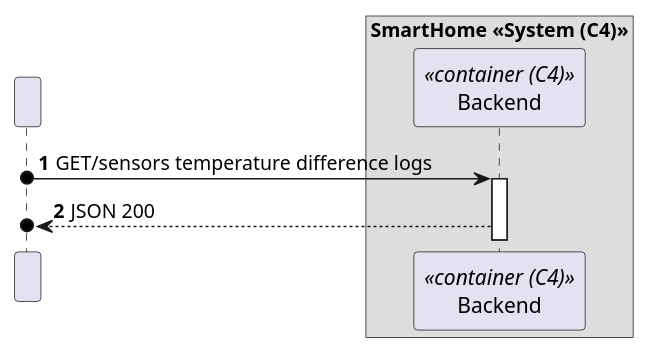
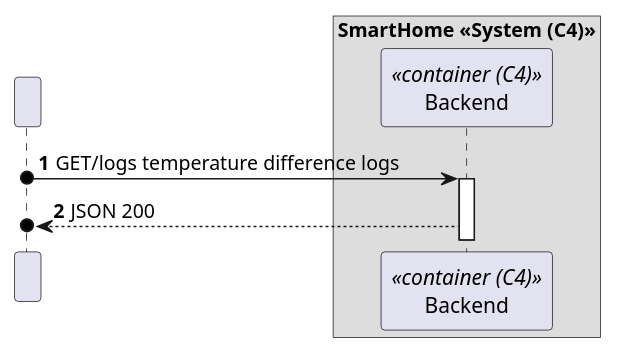
One commit to moutajDev/smarthome changed the diagram in docs/C4_4plus1_models/Level2/ProcessView/ProcessViewLevel2_UC13.puml. Above: the diagram before and after it, drawn with PlantUML. The commit also changed 23 other files, not shown here.

```diff
--- a/docs/C4_4plus1_models/Level2/ProcessView/ProcessViewLevel2_UC13.puml
+++ b/docs/C4_4plus1_models/Level2/ProcessView/ProcessViewLevel2_UC13.puml
@@ -1,24 +1,24 @@
 @startuml
 'https://plantuml.com/sequence-diagram
 !pragma layout smetana
 
 autonumber
 
 participant " " as HTTP
 
 box "SmartHome <<System (C4)>>"
     participant "Backend" as BE<<container (C4)>>
 
 end box
 
 
-HTTP o-> BE : GET/sensors temperature difference logs
+HTTP o-> BE : GET/logs temperature difference logs
 activate BE
 
 
 BE -->o HTTP : JSON 200
 
 
 
 
 @enduml
```
